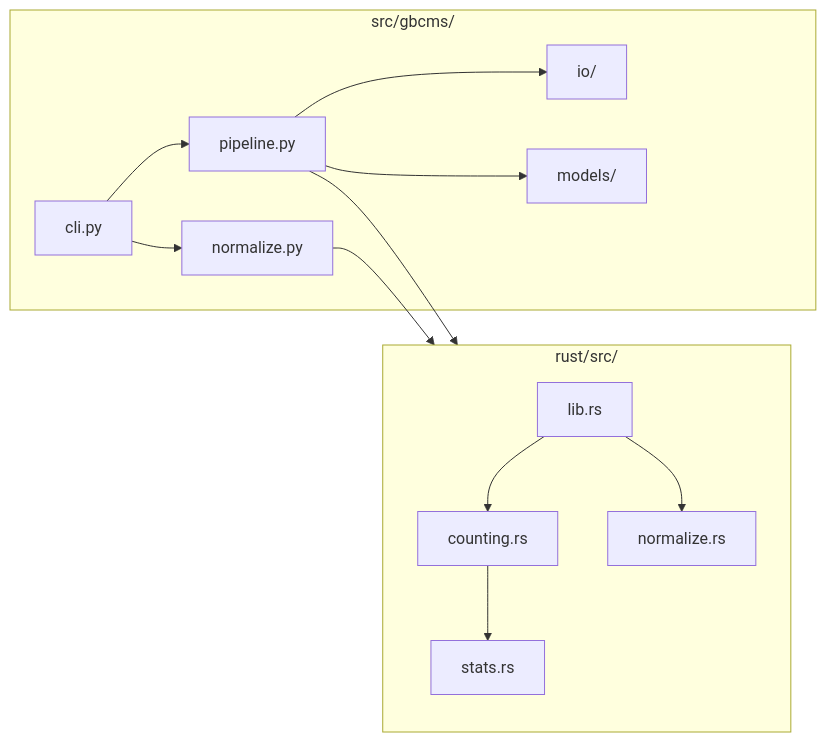
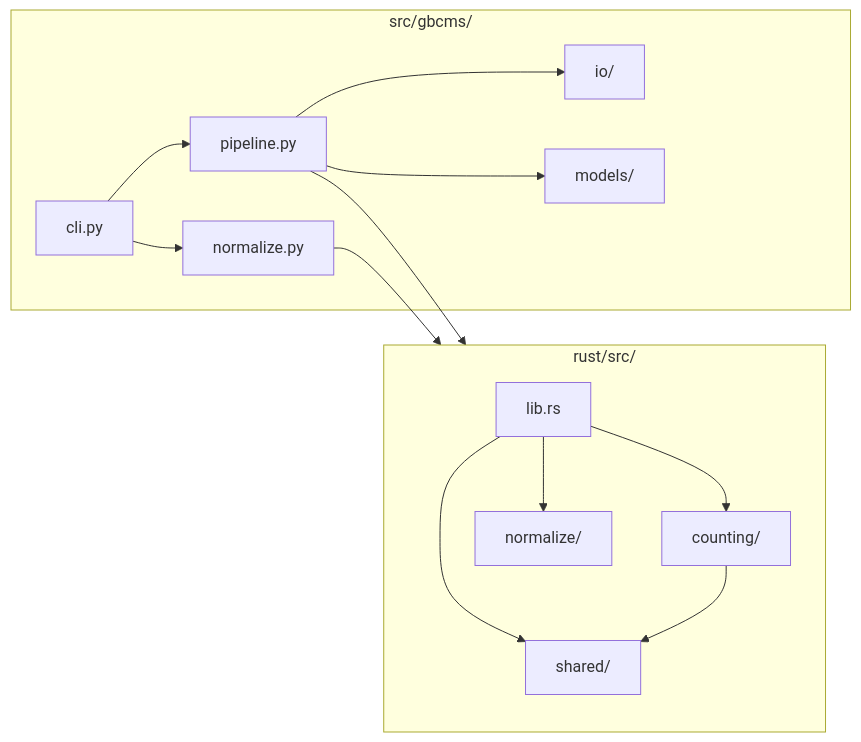
The first of 2 diagrams in docs/development/developer-guide.md (msk-access/gbcms), drawn with Mermaid before and after one commit. The commit also changed other lines of this file and 24 other files, not shown here.

````diff
--- a/docs/development/developer-guide.md
+++ b/docs/development/developer-guide.md
@@ -75,18 +75,19 @@
 ```mermaid
 flowchart LR
     subgraph Python["src/gbcms/"]
         CLI[cli.py] --> Pipeline[pipeline.py]
         CLI --> Normalize[normalize.py]
         Pipeline --> IO[io/]
         Pipeline --> Models[models/]
     end
     
     subgraph Rust["rust/src/"]
-        Lib[lib.rs] --> Count[counting.rs]
-        Lib --> Norm[normalize.rs]
-        Count --> Stats[stats.rs]
+        Lib[lib.rs] --> Shared["shared/"]
+        Lib --> Count["counting/"]
+        Lib --> Norm["normalize/"]
+        Count --> Shared
     end
     
     Pipeline --> Rust
     Normalize --> Rust
 ```
````
